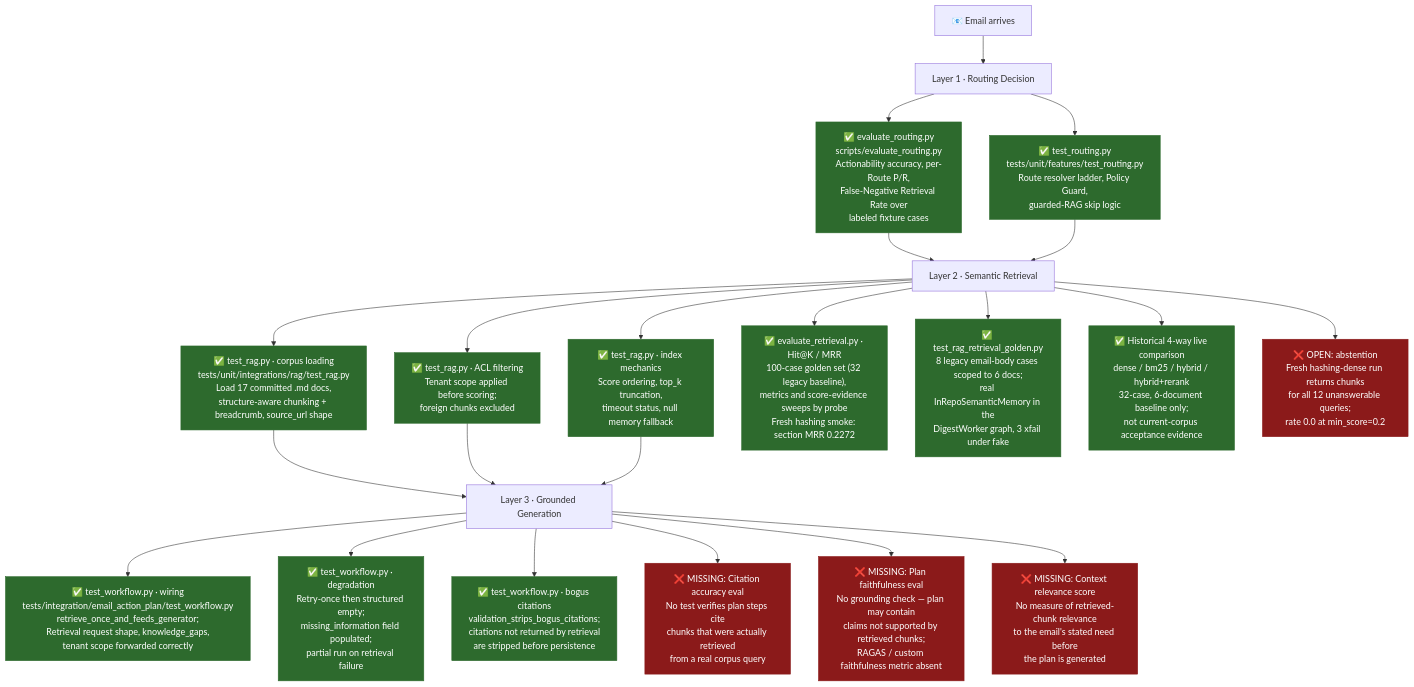
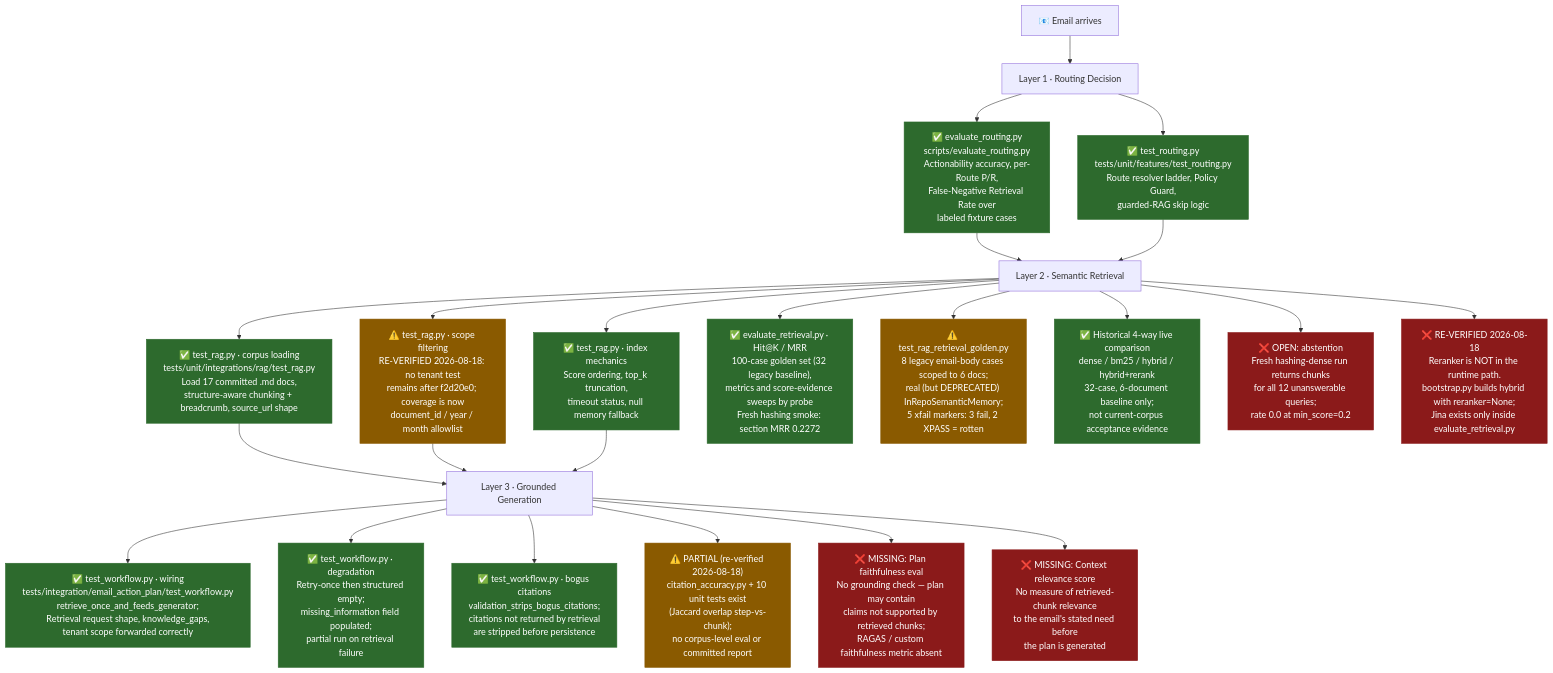
Before and after one commit to MathematicGuy/EMAIL-AGENT-v1: the diagram in evaluations/RETRIEVAL/RETRIEVAL-EVALUATION-STATUS.md, drawn with Mermaid. The commit also changed other lines of this file and 2 other files, not shown here.

First line of the commit message:
docs(evaluations): re-verify RAG status claims against the code

````diff
--- a/evaluations/RETRIEVAL/RETRIEVAL-EVALUATION-STATUS.md
+++ b/evaluations/RETRIEVAL/RETRIEVAL-EVALUATION-STATUS.md
@@ -19,45 +29,47 @@
 ```mermaid
 flowchart TD
     A["📧 Email arrives"] --> B["Layer 1 · Routing Decision"]
 
     B --> B1["✅ evaluate_routing.py\nscripts/evaluate_routing.py\nActionability accuracy, per-Route P/R,\nFalse-Negative Retrieval Rate over\nlabeled fixture cases"]
     B --> B2["✅ test_routing.py\ntests/unit/features/test_routing.py\nRoute resolver ladder, Policy Guard,\nguarded-RAG skip logic"]
 
     B1 --> C["Layer 2 · Semantic Retrieval"]
     B2 --> C
 
     C --> C1["✅ test_rag.py · corpus loading\ntests/unit/integrations/rag/test_rag.py\nLoad 17 committed .md docs,\nstructure-aware chunking + breadcrumb, source_url shape"]
-    C --> C2["✅ test_rag.py · ACL filtering\nTenant scope applied before scoring;\nforeign chunks excluded"]
+    C --> C2["⚠️ test_rag.py · scope filtering\nRE-VERIFIED 2026-08-18: no tenant test\nremains after f2d20e0; coverage is now\ndocument_id / year / month allowlist"]
     C --> C3["✅ test_rag.py · index mechanics\nScore ordering, top_k truncation,\ntimeout status, null memory fallback"]
     C --> C4["✅ evaluate_retrieval.py · Hit@K / MRR\n100-case golden set (32 legacy baseline),\nmetrics and score-evidence sweeps by probe\nFresh hashing smoke: section MRR 0.2272"]
-    C --> C5["✅ test_rag_retrieval_golden.py\n8 legacy email-body cases scoped to 6 docs;\nreal InRepoSemanticMemory in the\nDigestWorker graph, 3 xfail under fake"]
+    C --> C5["⚠️ test_rag_retrieval_golden.py\n8 legacy email-body cases scoped to 6 docs;\nreal (but DEPRECATED) InRepoSemanticMemory;\n5 xfail markers: 3 fail, 2 XPASS = rotten"]
     C --> C6["✅ Historical 4-way live comparison\ndense / bm25 / hybrid / hybrid+rerank\n32-case, 6-document baseline only;\nnot current-corpus acceptance evidence"]
     C --> C7["❌ OPEN: abstention\nFresh hashing-dense run returns chunks\nfor all 12 unanswerable queries;\nrate 0.0 at min_score=0.2"]
+    C --> C8["❌ RE-VERIFIED 2026-08-18\nReranker is NOT in the runtime path.\nbootstrap.py builds hybrid with reranker=None;\nJina exists only inside evaluate_retrieval.py"]
 
     C1 --> D["Layer 3 · Grounded Generation"]
     C2 --> D
     C3 --> D
 
     D --> D1["✅ test_workflow.py · wiring\ntests/integration/email_action_plan/test_workflow.py\nretrieve_once_and_feeds_generator;\nRetrieval request shape, knowledge_gaps,\ntenant scope forwarded correctly"]
     D --> D2["✅ test_workflow.py · degradation\nRetry-once then structured empty;\nmissing_information field populated;\npartial run on retrieval failure"]
     D --> D3["✅ test_workflow.py · bogus citations\nvalidation_strips_bogus_citations;\ncitations not returned by retrieval\nare stripped before persistence"]
-    D --> D4["❌ MISSING: Citation accuracy eval\nNo test verifies plan steps cite\nchunks that were actually retrieved\nfrom a real corpus query"]
+    D --> D4["⚠️ PARTIAL (re-verified 2026-08-18)\ncitation_accuracy.py + 10 unit tests exist\n(Jaccard overlap step-vs-chunk);\nno corpus-level eval or committed report"]
     D --> D5["❌ MISSING: Plan faithfulness eval\nNo grounding check — plan may contain\nclaims not supported by retrieved chunks;\nRAGAS / custom faithfulness metric absent"]
     D --> D6["❌ MISSING: Context relevance score\nNo measure of retrieved-chunk relevance\nto the email's stated need before\nthe plan is generated"]
 
     style B1 fill:#2d6a2d,color:#fff,stroke:#2d6a2d
     style B2 fill:#2d6a2d,color:#fff,stroke:#2d6a2d
     style C1 fill:#2d6a2d,color:#fff,stroke:#2d6a2d
-    style C2 fill:#2d6a2d,color:#fff,stroke:#2d6a2d
     style C3 fill:#2d6a2d,color:#fff,stroke:#2d6a2d
     style D1 fill:#2d6a2d,color:#fff,stroke:#2d6a2d
     style D2 fill:#2d6a2d,color:#fff,stroke:#2d6a2d
     style D3 fill:#2d6a2d,color:#fff,stroke:#2d6a2d
     style C4 fill:#2d6a2d,color:#fff,stroke:#2d6a2d
-    style C5 fill:#2d6a2d,color:#fff,stroke:#2d6a2d
     style C6 fill:#2d6a2d,color:#fff,stroke:#2d6a2d
+    style C2 fill:#8a5a00,color:#fff,stroke:#8a5a00
+    style C5 fill:#8a5a00,color:#fff,stroke:#8a5a00
     style C7 fill:#8b1a1a,color:#fff,stroke:#8b1a1a
-    style D4 fill:#8b1a1a,color:#fff,stroke:#8b1a1a
+    style C8 fill:#8b1a1a,color:#fff,stroke:#8b1a1a
+    style D4 fill:#8a5a00,color:#fff,stroke:#8a5a00
     style D5 fill:#8b1a1a,color:#fff,stroke:#8b1a1a
     style D6 fill:#8b1a1a,color:#fff,stroke:#8b1a1a
 ```
````
